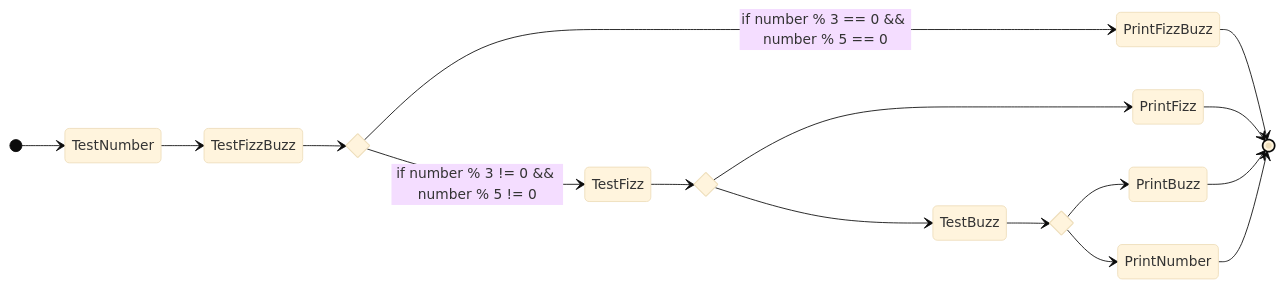
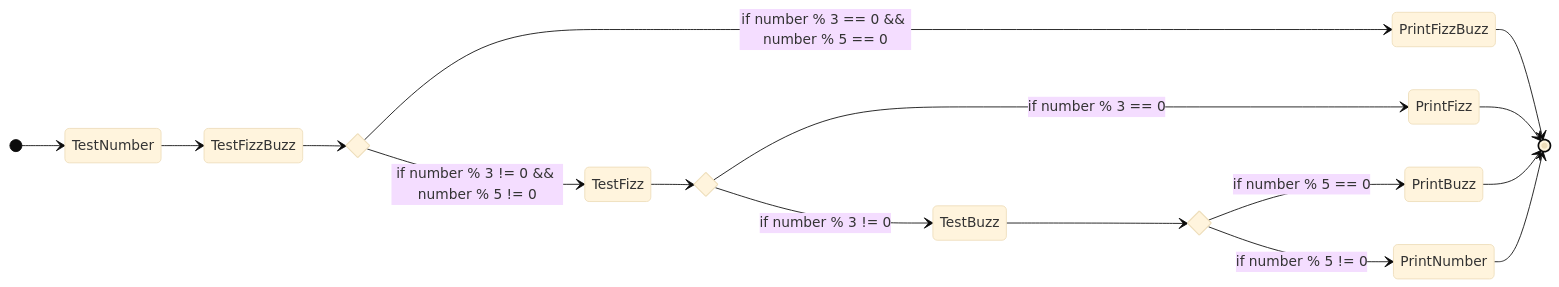
The eighth of 8 diagrams in cookbook/SDLC/Boxes and Arrows/boxes_and_arrows_fun.md (carteras/IT-CBR), drawn with Mermaid (base theme) before and after one commit.

````diff
--- a/cookbook/SDLC/Boxes and Arrows/boxes_and_arrows_fun.md
+++ b/cookbook/SDLC/Boxes and Arrows/boxes_and_arrows_fun.md
@@ -117,22 +117,22 @@
 ```mermaid
   stateDiagram
     direction LR
     state fizz_state <<choice>>
     state buzz_state <<choice>>
     state fizzbuzz_state <<choice>>
     [*] --> TestNumber
     TestNumber --> TestFizzBuzz
     TestFizzBuzz --> fizzbuzz_state
     fizzbuzz_state --> PrintFizzBuzz: if number % 3 == 0 && number % 5 == 0
     fizzbuzz_state --> TestFizz: if number % 3 != 0 && number % 5 != 0
     PrintFizzBuzz --> [*]
     TestFizz --> fizz_state
-    fizz_state --> PrintFizz 
-    fizz_state --> TestBuzz
+    fizz_state --> PrintFizz: if number % 3 == 0
+    fizz_state --> TestBuzz: if number % 3 != 0
     PrintFizz --> [*]
     TestBuzz --> buzz_state
-    buzz_state --> PrintBuzz
-    buzz_state --> PrintNumber
+    buzz_state --> PrintBuzz: if number % 5 == 0
+    buzz_state --> PrintNumber: if number % 5 != 0
     PrintBuzz --> [*]
     PrintNumber --> [*]
 ```
````
